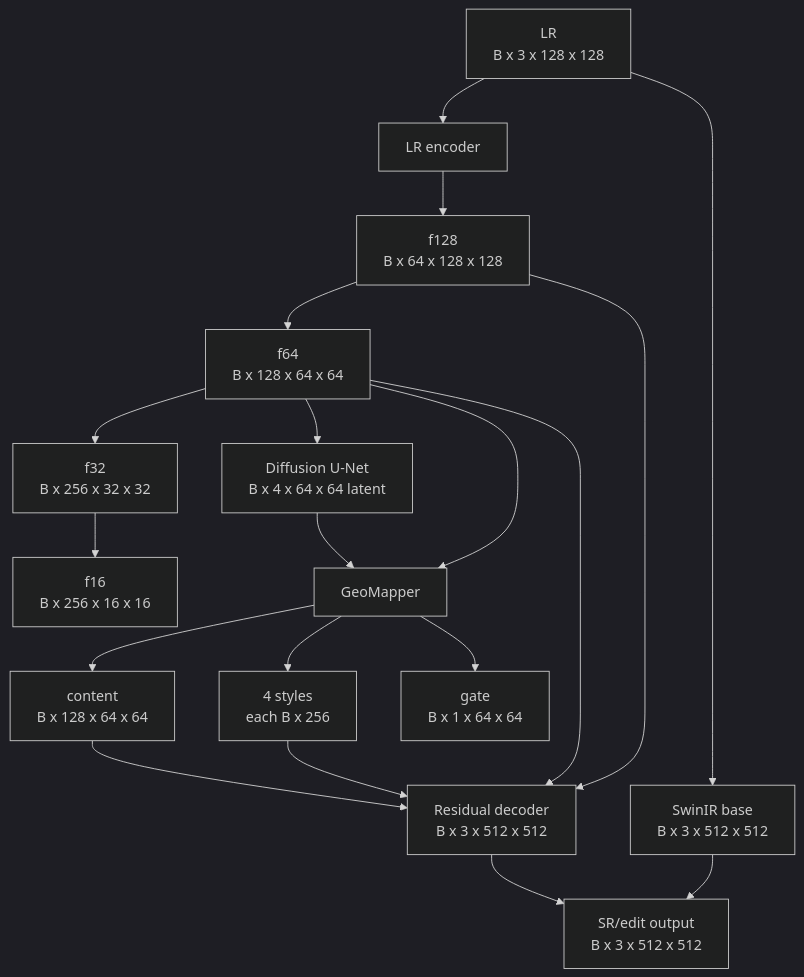
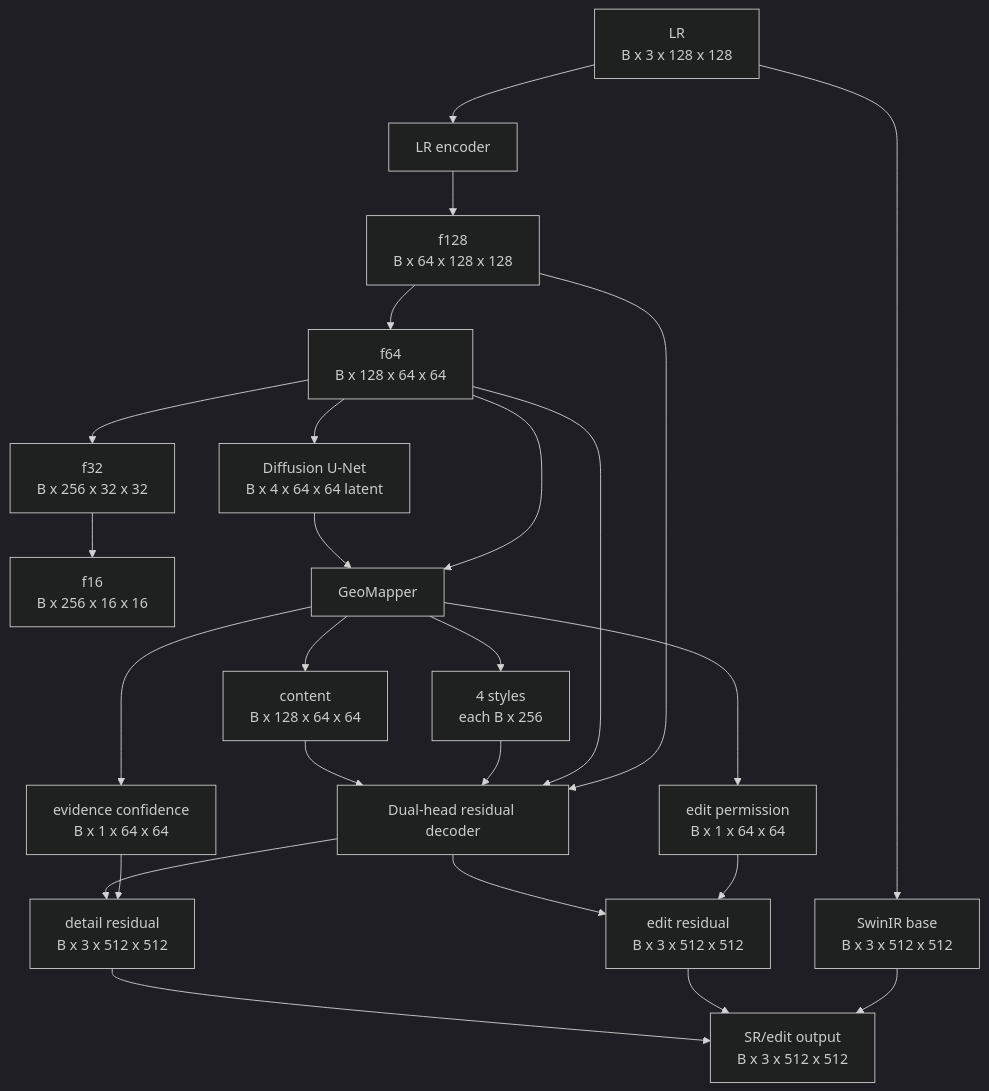
One commit to shashankjs2002/SI-SR-1 changed the first of 4 diagrams in learning/08_geodiff_gan_architecture.md. Above: the diagram before and after it, drawn with Mermaid (dark theme). The commit also changed other lines of this file and 21 other files, not shown here.

Commit message:
Add dual-policy evidence-constrained architecture

````diff
--- a/learning/08_geodiff_gan_architecture.md
+++ b/learning/08_geodiff_gan_architecture.md
@@ -18,38 +18,47 @@
 ```mermaid
 flowchart TD
     LR["LR<br/>B x 3 x 128 x 128"]
 
     BASE["SwinIR base<br/>B x 3 x 512 x 512"]
     ENC["LR encoder"]
     F128["f128<br/>B x 64 x 128 x 128"]
     F64["f64<br/>B x 128 x 64 x 64"]
     F32["f32<br/>B x 256 x 32 x 32"]
     F16["f16<br/>B x 256 x 16 x 16"]
 
     DIFF["Diffusion U-Net<br/>B x 4 x 64 x 64 latent"]
     MAP["GeoMapper"]
     CONTENT["content<br/>B x 128 x 64 x 64"]
     STYLES["4 styles<br/>each B x 256"]
-    GATE["gate<br/>B x 1 x 64 x 64"]
-    DEC["Residual decoder<br/>B x 3 x 512 x 512"]
+    EVID["evidence confidence<br/>B x 1 x 64 x 64"]
+    EDIT["edit permission<br/>B x 1 x 64 x 64"]
+    DEC["Dual-head residual decoder"]
+    DETAIL["detail residual<br/>B x 3 x 512 x 512"]
+    CHANGE["edit residual<br/>B x 3 x 512 x 512"]
     OUT["SR/edit output<br/>B x 3 x 512 x 512"]
 
     LR --> BASE
     LR --> ENC
     ENC --> F128
     F128 --> F64
     F64 --> F32
     F32 --> F16
     F64 --> DIFF
     DIFF --> MAP
     F64 --> MAP
     MAP --> CONTENT
     MAP --> STYLES
-    MAP --> GATE
+    MAP --> EVID
+    MAP --> EDIT
     CONTENT --> DEC
     STYLES --> DEC
     F64 --> DEC
     F128 --> DEC
-    DEC --> OUT
+    DEC --> DETAIL
+    DEC --> CHANGE
+    EVID --> DETAIL
+    EDIT --> CHANGE
+    DETAIL --> OUT
+    CHANGE --> OUT
     BASE --> OUT
 ```
````
